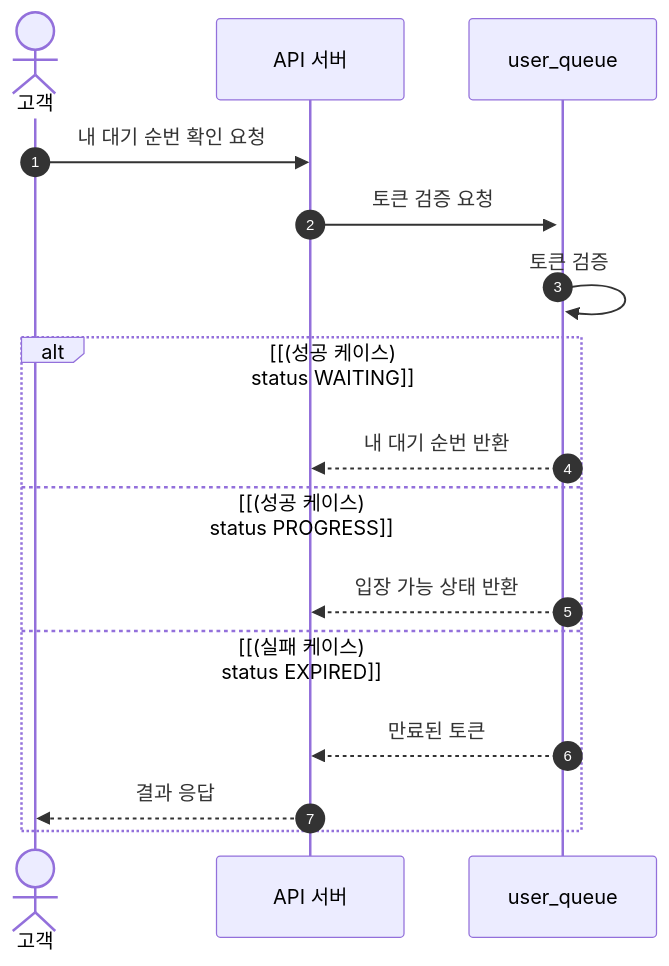
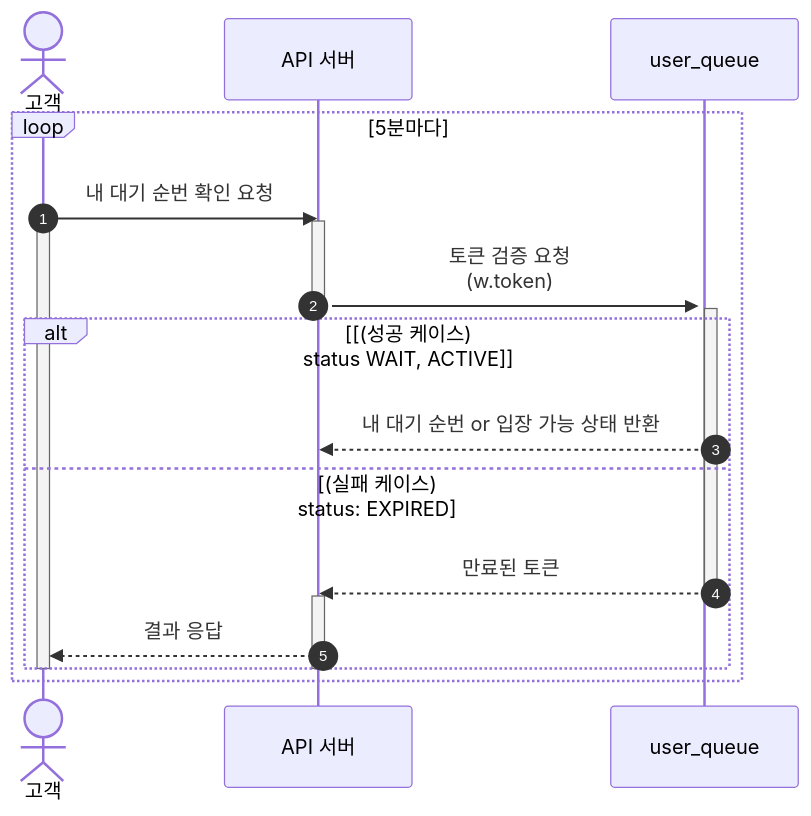
Before and after one commit to hwivelop/concert-reservation: the second of 9 diagrams in docs/SEQUENCE.md, drawn with Mermaid. The commit also changed other lines of this file and 3 other files, not shown here.

````diff
--- a/docs/SEQUENCE.md
+++ b/docs/SEQUENCE.md
@@ -20,21 +67,28 @@
 ```mermaid
 sequenceDiagram
     autonumber
 %%  선언부
     actor member as 고객
     participant api as API 서버
     participant queue as user_queue
 %%  구현부
-    member ->> api: 내 대기 순번 확인 요청
-    api ->>+ queue: 토큰 검증 요청
-    queue ->> queue: 토큰 검증
+    loop 5분마다
+        member ->> api: 내 대기 순번 확인 요청
+        activate member
+        activate api
+        api ->>+ queue: 토큰 검증 요청<br>(w.token)
+        deactivate api
+        activate queue
 
-    alt [(성공 케이스)<br>status WAITING]
-        queue -->> api: 내 대기 순번 반환
-    else [(성공 케이스)<br>status PROGRESS]
-        queue -->> api: 입장 가능 상태 반환 
-    else [(실패 케이스)<br>status EXPIRED]
-        queue -->> api: 만료된 토큰
-        api -->> member: 결과 응답
+        alt [(성공 케이스)<br>status WAIT, ACTIVE]
+            queue -->> api: 내 대기 순번 or 입장 가능 상태 반환
+        else (실패 케이스)<br>status: EXPIRED
+            queue -->> api: 만료된 토큰
+            activate api
+            deactivate queue
+            api -->> member: 결과 응답
+        end
+        deactivate api
+        deactivate member
     end
 ```
````
